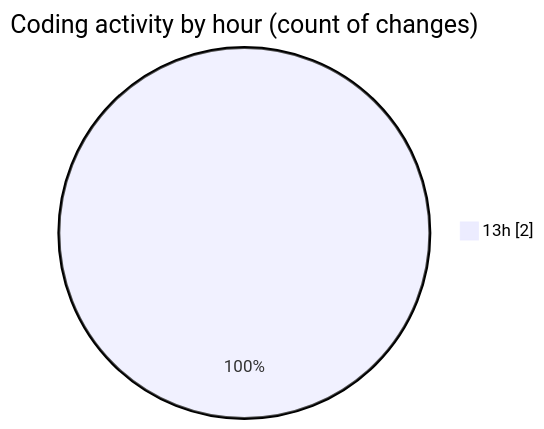
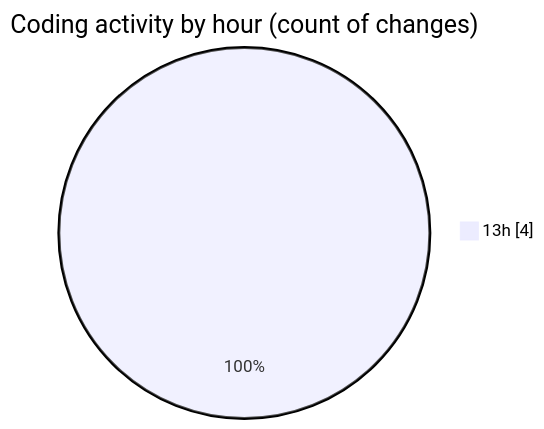
Before and after one commit to Ritupan-Deka/code-tracking: the second of 2 diagrams in 2025-01-21/projects/README.md, drawn with Mermaid. The commit also changed other lines of this file and 1 other file, not shown here.

````diff
--- a/2025-01-21/projects/README.md
+++ b/2025-01-21/projects/README.md
@@ -28,5 +28,5 @@
 ```mermaid
 pie showData
 title Coding activity by hour (count of changes)
-"13h" : 2
+"13h" : 4
 ```
````
